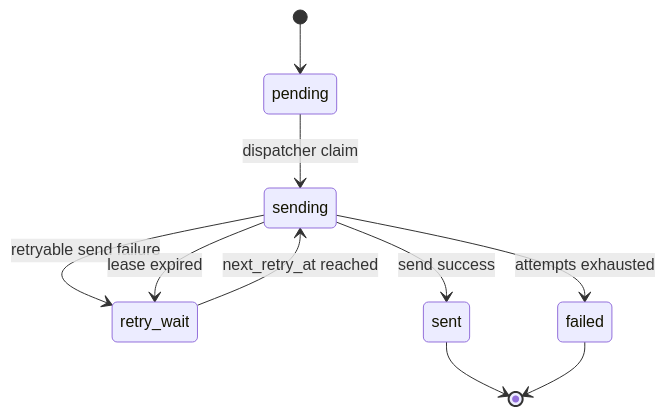
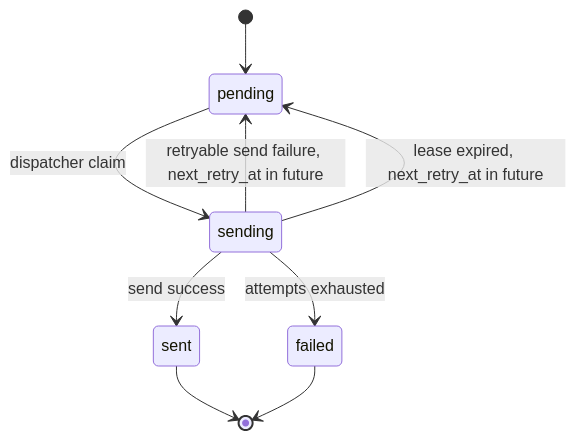
Before and after one commit to knighterrantsky/mujitask: the fifth of 5 diagrams in docs/arch/runtime-db-schema-design.md, drawn with Mermaid. The commit also changed other lines of this file and 89 other files, not shown here.

````diff
--- a/docs/arch/runtime-db-schema-design.md
+++ b/docs/arch/runtime-db-schema-design.md
@@ -392,12 +446,11 @@
 ```mermaid
 stateDiagram-v2
     [*] --> pending
     pending --> sending: dispatcher claim
-    retry_wait --> sending: next_retry_at reached
     sending --> sent: send success
-    sending --> retry_wait: retryable send failure
+    sending --> pending: retryable send failure, next_retry_at in future
     sending --> failed: attempts exhausted
-    sending --> retry_wait: lease expired
+    sending --> pending: lease expired, next_retry_at in future
     sent --> [*]
     failed --> [*]
 ```
````
